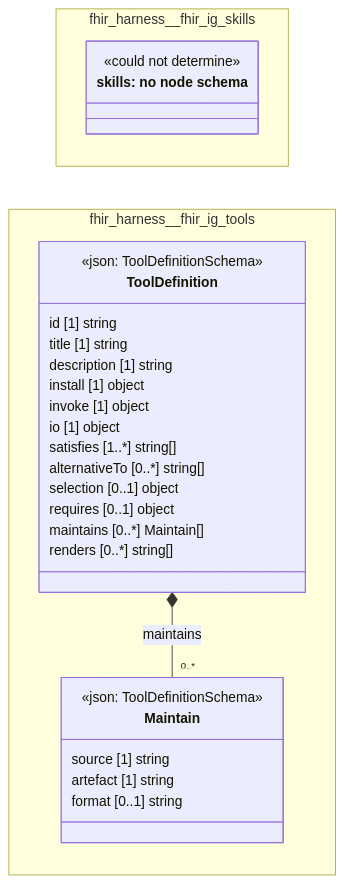
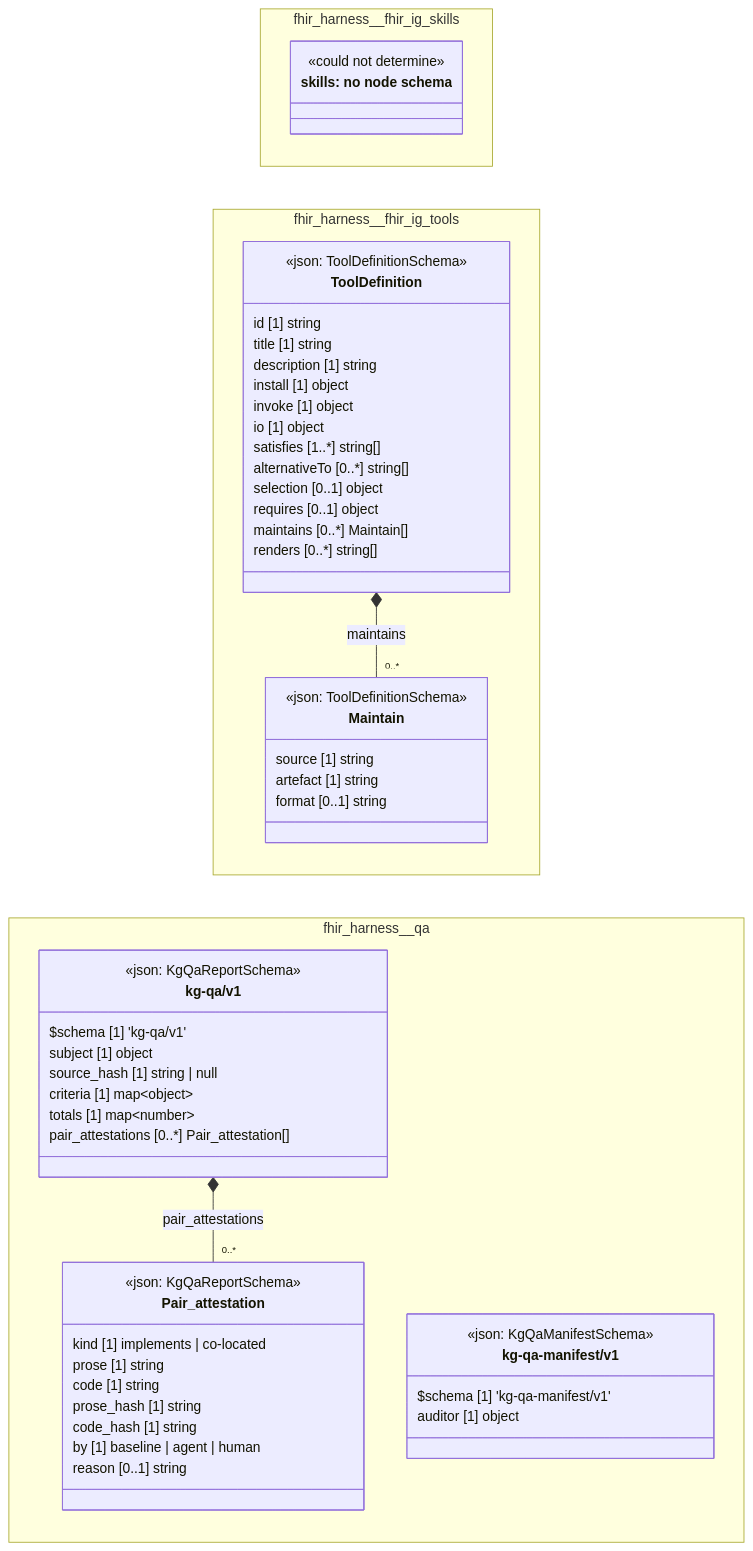
One commit to litlfred/folio-assistant changed the diagram in cat-harness/docs/uml/overview/fhir-harness.md. Above: the diagram before and after it, drawn with Mermaid. The commit also changed other lines of this file and 275 other files, not shown here.

````diff
--- a/cat-harness/docs/uml/overview/fhir-harness.md
+++ b/cat-harness/docs/uml/overview/fhir-harness.md
@@ -44,37 +46,67 @@
 ```mermaid
 classDiagram
   direction LR
   namespace fhir_harness__fhir_ig_skills {
     class n_fhir_harness_fhir_ig_skills_skills["skills: no node schema"] {
       <<could not determine>>
     }
   }
   namespace fhir_harness__fhir_ig_tools {
     class fhir_harness_fhir_ig_tools_Maintain["Maintain"] {
       <<json: ToolDefinitionSchema>>
       source [1] string
       artefact [1] string
       format [0..1] string
     }
     class fhir_harness_fhir_ig_tools_ToolDefinition["ToolDefinition"] {
       <<json: ToolDefinitionSchema>>
       id [1] string
       title [1] string
       description [1] string
       install [1] object
       invoke [1] object
       io [1] object
       satisfies [1..*] string[]
       alternativeTo [0..*] string[]
       selection [0..1] object
       requires [0..1] object
       maintains [0..*] Maintain[]
       renders [0..*] string[]
     }
   }
+  namespace fhir_harness__qa {
+    class fhir_harness_qa_kg_qa_v1_Pair_attestation["Pair_attestation"] {
+      <<json: KgQaReportSchema>>
+      kind [1] implements | co-located
+      prose [1] string
+      code [1] string
+      prose_hash [1] string
+      code_hash [1] string
+      by [1] baseline | agent | human
+      reason [0..1] string
+    }
+    class fhir_harness_qa_kg_qa_v1_kg_qa_v1["kg-qa/v1"] {
+      <<json: KgQaReportSchema>>
+      $schema [1] 'kg-qa/v1'
+      subject [1] object
+      source_hash [1] string | null
+      criteria [1] map~object~
+      totals [1] map~number~
+      pair_attestations [0..*] Pair_attestation[]
+    }
+    class fhir_harness_qa_kg_qa_manifest_v1_kg_qa_manifest_v1["kg-qa-manifest/v1"] {
+      <<json: KgQaManifestSchema>>
+      $schema [1] 'kg-qa-manifest/v1'
+      auditor [1] object
+    }
+  }
   cssClass "n_fhir_harness_fhir_ig_skills_skills" fa_uml_kind_skills
   cssClass "n_fhir_harness_fhir_ig_skills_skills" fa_uml_undetermined
   fhir_harness_fhir_ig_tools_ToolDefinition *-- "0..*" fhir_harness_fhir_ig_tools_Maintain : maintains
   cssClass "fhir_harness_fhir_ig_tools_Maintain" fa_uml_kind_tools
   cssClass "fhir_harness_fhir_ig_tools_ToolDefinition" fa_uml_kind_tools
+  fhir_harness_qa_kg_qa_v1_kg_qa_v1 *-- "0..*" fhir_harness_qa_kg_qa_v1_Pair_attestation : pair_attestations
+  cssClass "fhir_harness_qa_kg_qa_v1_Pair_attestation" fa_uml_kind_qa
+  cssClass "fhir_harness_qa_kg_qa_v1_kg_qa_v1" fa_uml_kind_qa
+  cssClass "fhir_harness_qa_kg_qa_manifest_v1_kg_qa_manifest_v1" fa_uml_kind_qa
 ```
````
